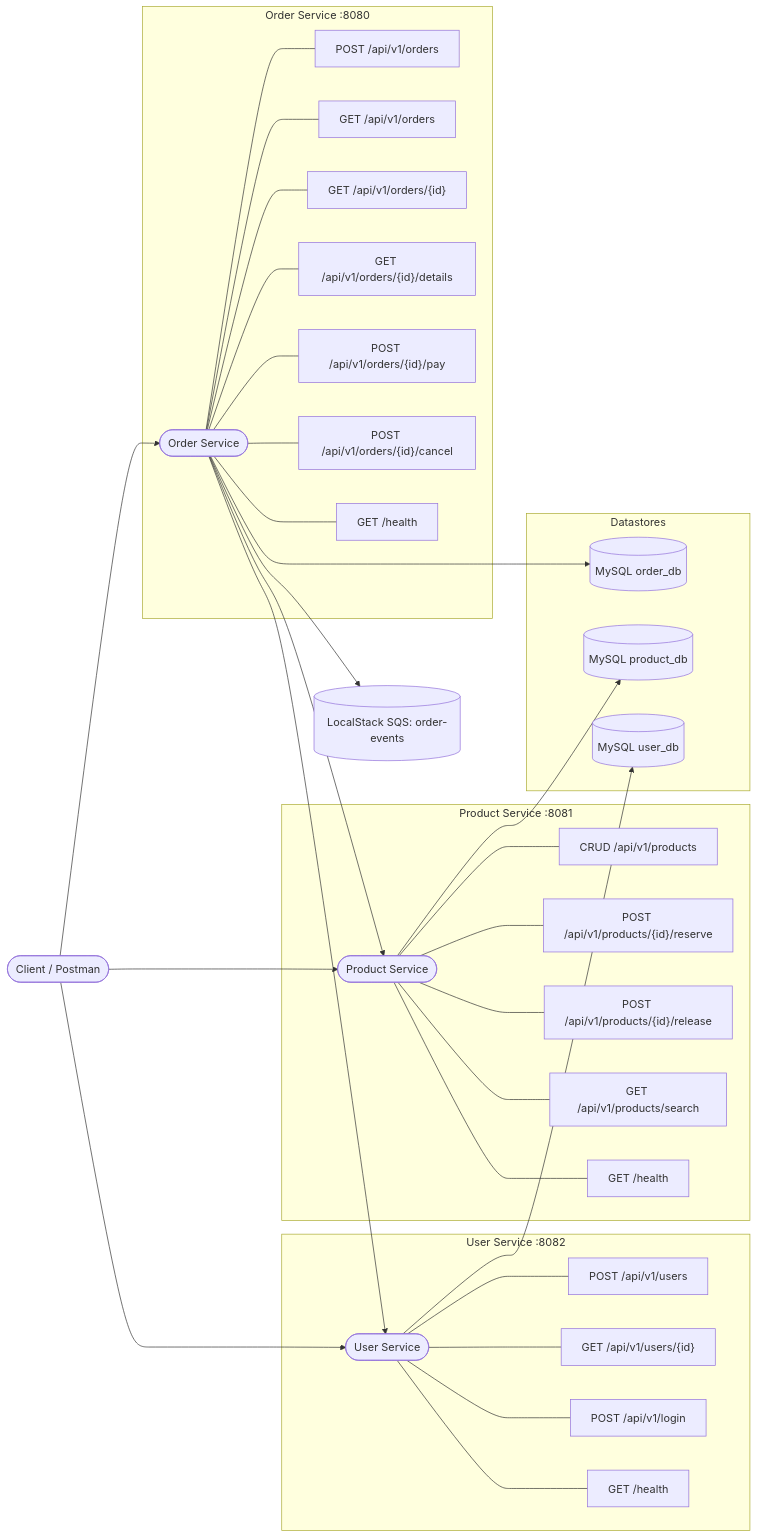
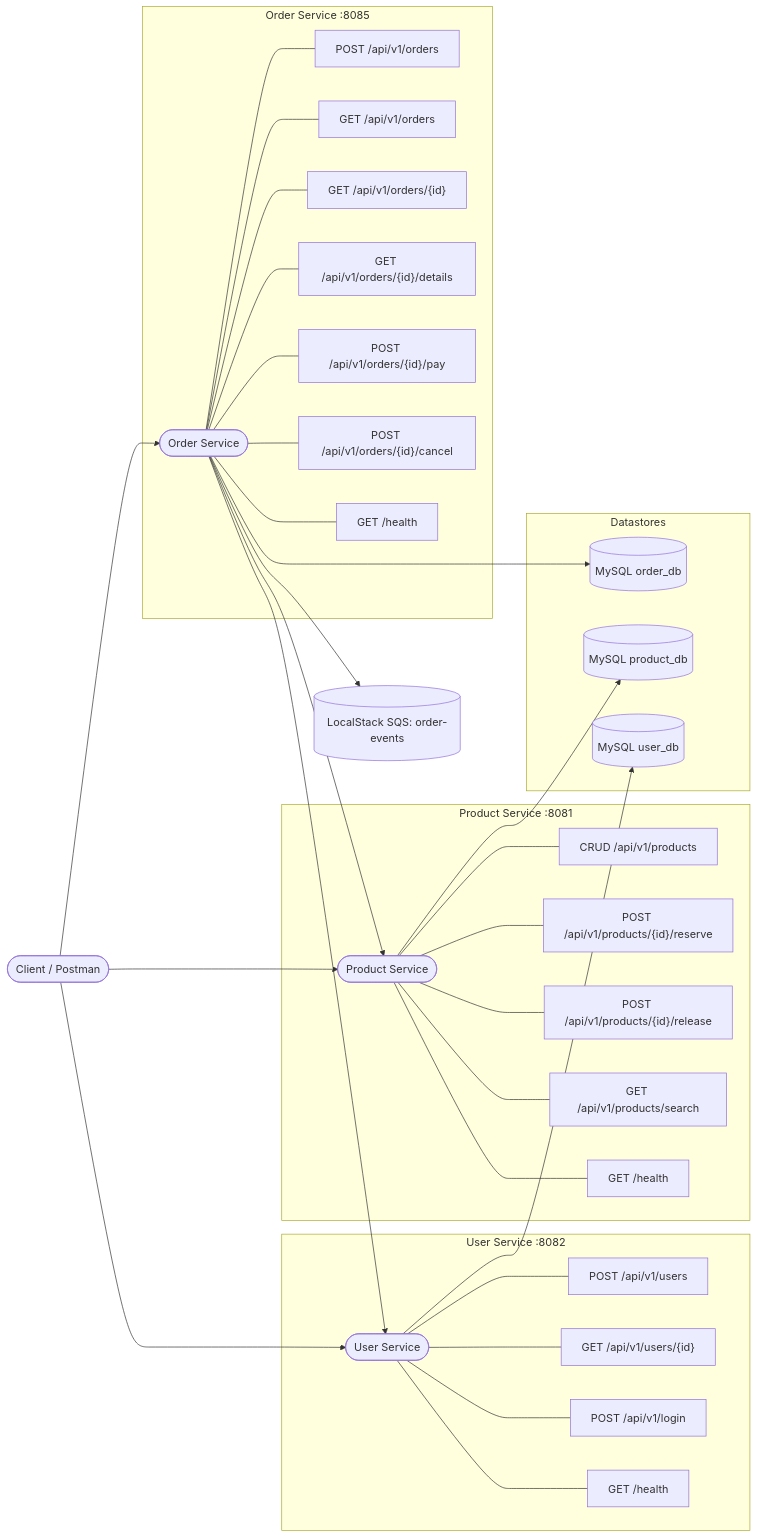
The diagram in README.md (keploy/ecommerce_sample_app), drawn with Mermaid before and after one commit. The commit also changed other lines of this file and 68 other files, not shown here.

````diff
--- a/README.md
+++ b/README.md
@@ -31,69 +31,69 @@
 ```mermaid
 flowchart LR
   client([Client / Postman])
 
-  subgraph "Order Service :8080"
+  subgraph "Order Service :8085"
     order_svc([Order Service])
     o1["POST /api/v1/orders"]
     o2["GET /api/v1/orders"]
     o3["GET /api/v1/orders/{id}"]
     o4["GET /api/v1/orders/{id}/details"]
     o5["POST /api/v1/orders/{id}/pay"]
     o6["POST /api/v1/orders/{id}/cancel"]
     o7["GET /health"]
     order_svc --- o1
     order_svc --- o2
     order_svc --- o3
     order_svc --- o4
     order_svc --- o5
     order_svc --- o6
     order_svc --- o7
   end
 
   subgraph "Product Service :8081"
     product_svc([Product Service])
     p1["CRUD /api/v1/products"]
     p2["POST /api/v1/products/{id}/reserve"]
     p3["POST /api/v1/products/{id}/release"]
     p4["GET /api/v1/products/search"]
     p5["GET /health"]
     product_svc --- p1
     product_svc --- p2
     product_svc --- p3
     product_svc --- p4
     product_svc --- p5
   end
 
   subgraph "User Service :8082"
     user_svc([User Service])
     u1["POST /api/v1/users"]
     u2["GET /api/v1/users/{id}"]
     u3["POST /api/v1/login"]
     u4["GET /health"]
     user_svc --- u1
     user_svc --- u2
     user_svc --- u3
     user_svc --- u4
   end
 
   subgraph Datastores
     dborders[(MySQL order_db)]
     dbproducts[(MySQL product_db)]
     dbusers[(MySQL user_db)]
   end
 
   sqs[(LocalStack SQS: order-events)]
 
   client --> order_svc
   client --> product_svc
   client --> user_svc
 
   order_svc --> dborders
   product_svc --> dbproducts
   user_svc --> dbusers
 
   order_svc --> user_svc
   order_svc --> product_svc
 
   order_svc --> sqs
 ```
````
